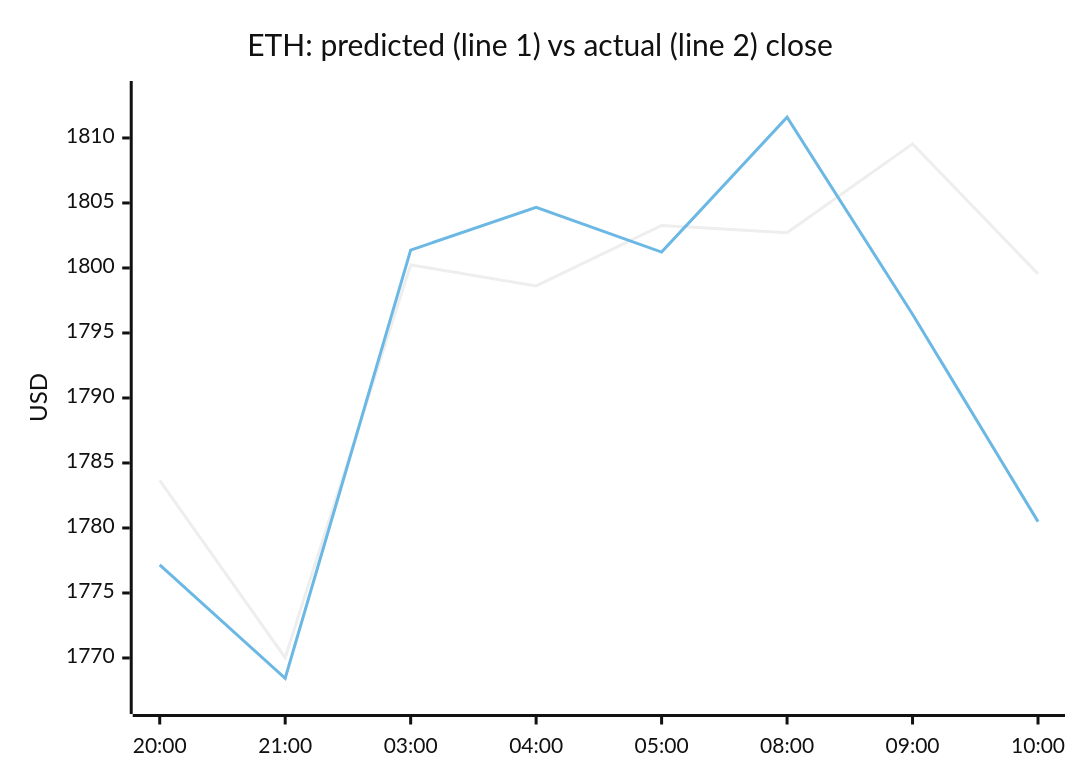
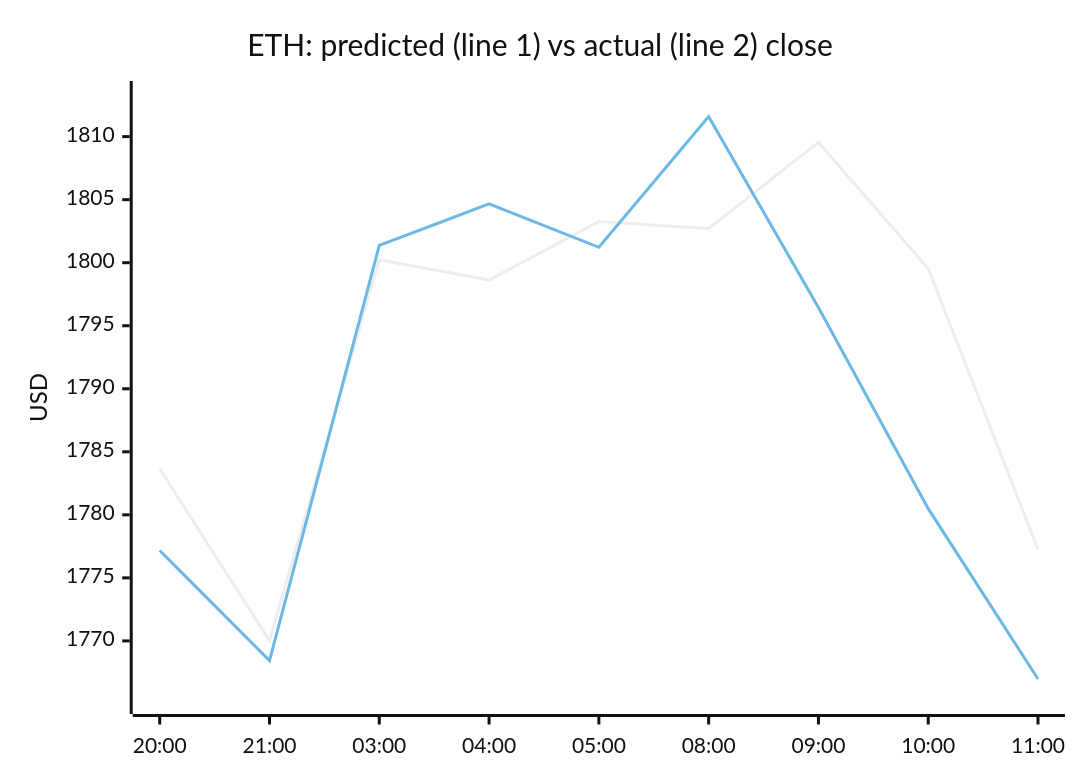
One commit to samuelkreitl-wq/crypto-hourly-forecaster changed the second of 4 diagrams in README.md. Above: the diagram before and after it, drawn with Mermaid (neutral theme). The commit also changed other lines of this file and 14 other files, not shown here.

````diff
--- a/README.md
+++ b/README.md
@@ -47,8 +47,8 @@
 ```mermaid
 xychart-beta
     title "ETH: predicted (line 1) vs actual (line 2) close"
-    x-axis ["20:00", "21:00", "03:00", "04:00", "05:00", "08:00", "09:00", "10:00"]
-    y-axis "USD" 1766.6716 --> 1813.4016
-    line [1783.6536, 1770.0216, 1800.2369, 1798.6210, 1803.2721, 1802.7104, 1809.5477, 1799.5438]
-    line [1777.1700, 1768.4400, 1801.3700, 1804.6700, 1801.2200, 1811.5900, 1796.4400, 1780.4900]
+    x-axis ["20:00", "21:00", "03:00", "04:00", "05:00", "08:00", "09:00", "10:00", "11:00"]
+    y-axis "USD" 1765.2130 --> 1813.4016
+    line [1783.6536, 1770.0216, 1800.2369, 1798.6210, 1803.2721, 1802.7104, 1809.5477, 1799.5438, 1777.2612]
+    line [1777.1700, 1768.4400, 1801.3700, 1804.6700, 1801.2200, 1811.5900, 1796.4400, 1780.4900, 1766.9800]
 ```
````
